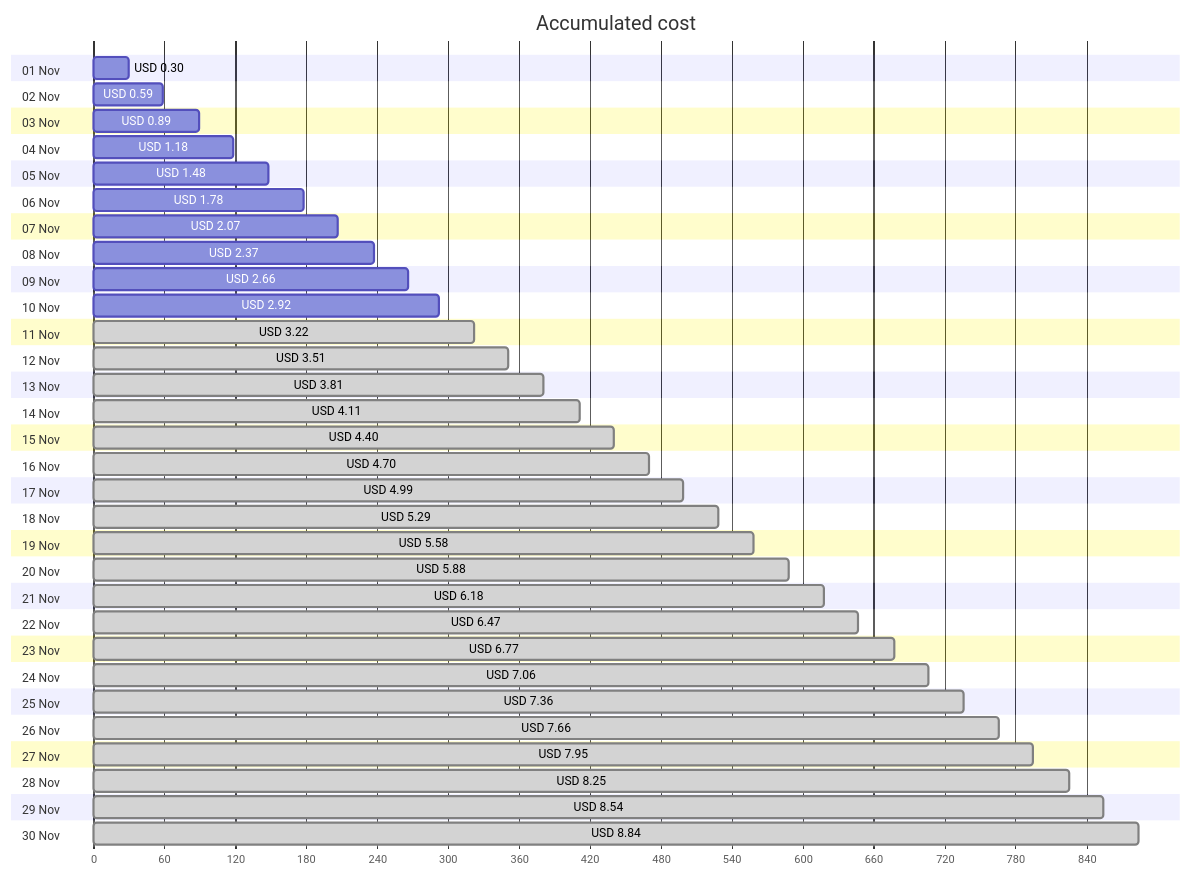
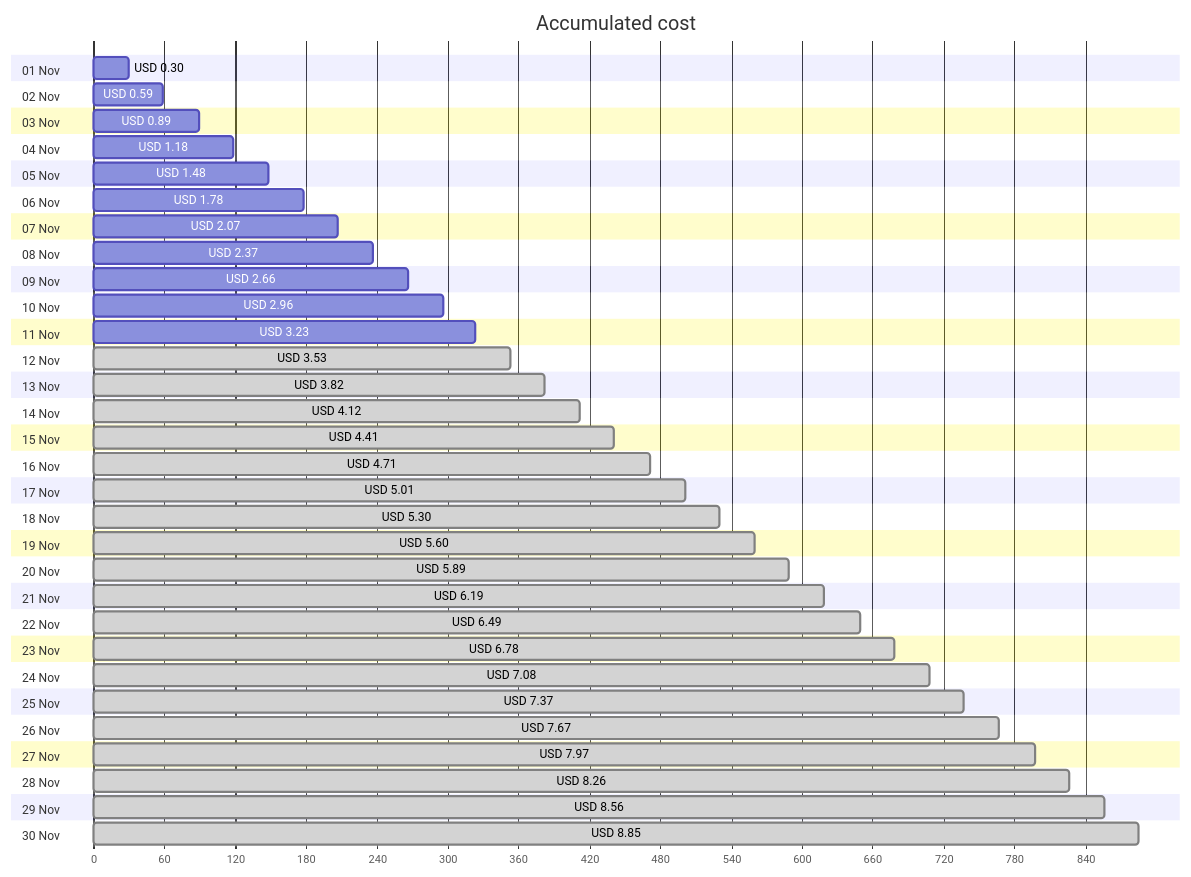
One commit to jpfulton/azure-personal-reports changed the first of 4 diagrams in cost-reports/personal-site/personal-site-preview.md. Above: the diagram before and after it, drawn with Mermaid. The commit also changed other lines of this file and 7 other files, not shown here.

````diff
--- a/cost-reports/personal-site/personal-site-preview.md
+++ b/cost-reports/personal-site/personal-site-preview.md
@@ -20,66 +20,66 @@
 ```mermaid
 gantt
    title Accumulated cost
    dateFormat  X
    axisFormat %s
    section 01 Nov
    USD 0.30 :0, 30
    section 02 Nov
    USD 0.59 :0, 59
    section 03 Nov
    USD 0.89 :0, 89
    section 04 Nov
    USD 1.18 :0, 118
    section 05 Nov
    USD 1.48 :0, 148
    section 06 Nov
    USD 1.78 :0, 178
    section 07 Nov
    USD 2.07 :0, 207
    section 08 Nov
    USD 2.37 :0, 237
    section 09 Nov
    USD 2.66 :0, 266
    section 10 Nov
-   USD 2.92 :0, 292
+   USD 2.96 :0, 296
    section 11 Nov
-   USD 3.22 : done, 0, 322
+   USD 3.23 :0, 323
    section 12 Nov
-   USD 3.51 : done, 0, 351
+   USD 3.53 : done, 0, 353
    section 13 Nov
-   USD 3.81 : done, 0, 381
+   USD 3.82 : done, 0, 382
    section 14 Nov
-   USD 4.11 : done, 0, 411
+   USD 4.12 : done, 0, 412
    section 15 Nov
-   USD 4.40 : done, 0, 440
+   USD 4.41 : done, 0, 441
    section 16 Nov
-   USD 4.70 : done, 0, 470
+   USD 4.71 : done, 0, 471
    section 17 Nov
-   USD 4.99 : done, 0, 499
+   USD 5.01 : done, 0, 501
    section 18 Nov
-   USD 5.29 : done, 0, 529
+   USD 5.30 : done, 0, 530
    section 19 Nov
-   USD 5.58 : done, 0, 558
+   USD 5.60 : done, 0, 560
    section 20 Nov
-   USD 5.88 : done, 0, 588
+   USD 5.89 : done, 0, 589
    section 21 Nov
-   USD 6.18 : done, 0, 618
+   USD 6.19 : done, 0, 619
    section 22 Nov
-   USD 6.47 : done, 0, 647
+   USD 6.49 : done, 0, 649
    section 23 Nov
-   USD 6.77 : done, 0, 677
+   USD 6.78 : done, 0, 678
    section 24 Nov
-   USD 7.06 : done, 0, 706
+   USD 7.08 : done, 0, 708
    section 25 Nov
-   USD 7.36 : done, 0, 736
+   USD 7.37 : done, 0, 737
    section 26 Nov
-   USD 7.66 : done, 0, 766
+   USD 7.67 : done, 0, 767
    section 27 Nov
-   USD 7.95 : done, 0, 795
+   USD 7.97 : done, 0, 797
    section 28 Nov
-   USD 8.25 : done, 0, 825
+   USD 8.26 : done, 0, 826
    section 29 Nov
-   USD 8.54 : done, 0, 854
+   USD 8.56 : done, 0, 856
    section 30 Nov
-   USD 8.84 : done, 0, 884
+   USD 8.85 : done, 0, 885
 ```
````
